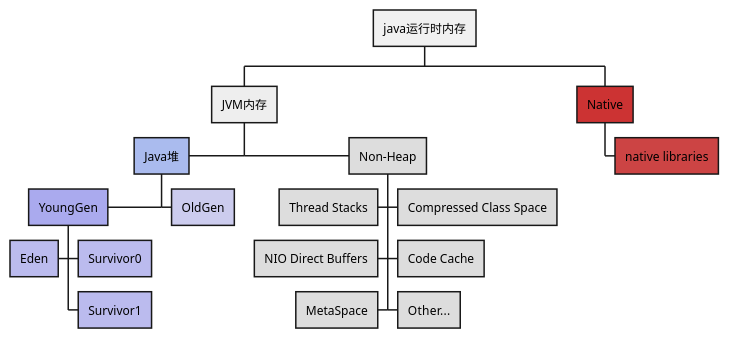
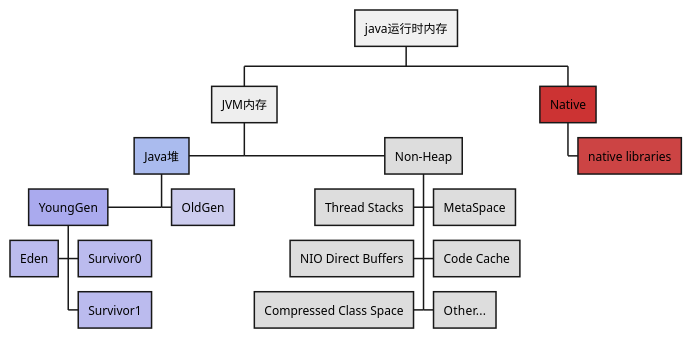
Before and after one commit to holmofy/cs.hufeifei.cn: the diagram in source/_posts/java8-jvm.md, drawn with PlantUML.

Commit message:
new page

````diff
--- a/source/_posts/java8-jvm.md
+++ b/source/_posts/java8-jvm.md
@@ -21,21 +21,21 @@
 ```plantuml
 @startwbs
 * java运行时内存
 **[#eee] JVM内存
 ***[#abe]< Java堆
 ****[#aae]< YoungGen
 *****[#bbe]< Eden
 *****[#bbe]> Survivor0
 *****[#bbe]> Survivor1
 ****[#cce]> OldGen
 ***[#ddd]> Non-Heap
 ****[#ddd]< Thread Stacks
 ****[#ddd]< NIO Direct Buffers
-****[#ddd]< MetaSpace
-****[#ddd]> Compressed Class Space
+****[#ddd]< Compressed Class Space
+****[#ddd]> MetaSpace
 ****[#ddd]> Code Cache
 ****[#ddd]> Other...
 **[#c33] Native
 ***[#c44] native libraries
 @endwbs
 ```
````
